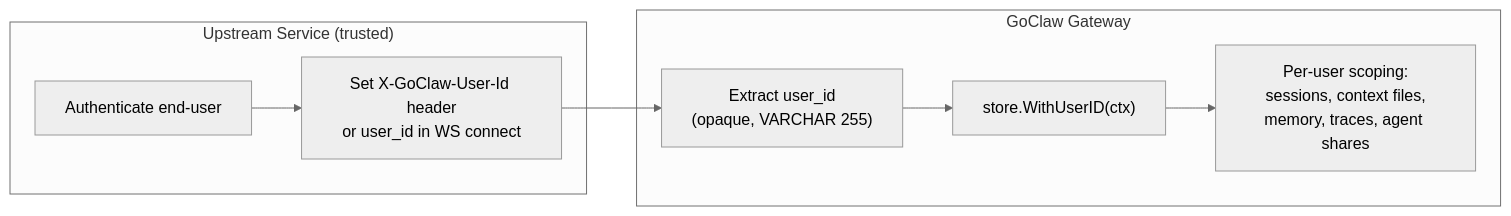
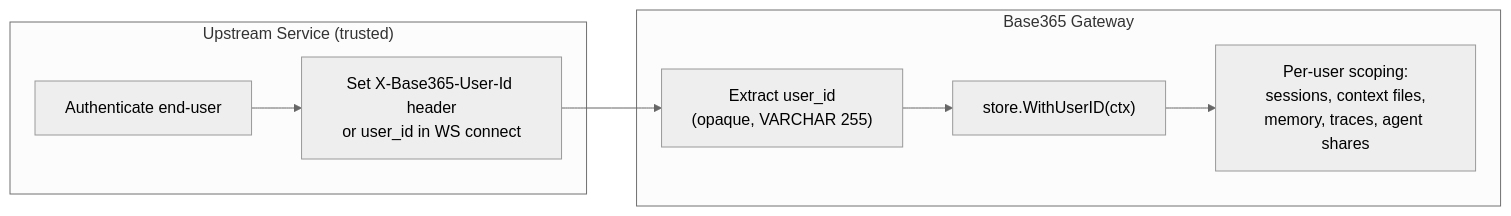
One commit to edyoCampos/base365 changed the second of 6 diagrams in docs/00-architecture-overview.md. Above: the diagram before and after it, drawn with Mermaid (neutral theme). The commit also changed other lines of this file and 2108 other files, not shown here.

Commit message:
refactor: rebrand GoClaw -> Base365 (conteudo e caminhos)

````diff
--- a/docs/00-architecture-overview.md
+++ b/docs/00-architecture-overview.md
@@ -215,18 +215,18 @@
 ```mermaid
 flowchart LR
     subgraph "Upstream Service (trusted)"
         AUTH["Authenticate end-user"]
-        HDR["Set X-GoClaw-User-Id header<br/>or user_id in WS connect"]
+        HDR["Set X-Base365-User-Id header<br/>or user_id in WS connect"]
     end
 
-    subgraph "GoClaw Gateway"
+    subgraph "Base365 Gateway"
         EXTRACT["Extract user_id<br/>(opaque, VARCHAR 255)"]
         CTX["store.WithUserID(ctx)"]
         SCOPE["Per-user scoping:<br/>sessions, context files,<br/>memory, traces, agent shares"]
     end
 
     AUTH --> HDR
     HDR --> EXTRACT
     EXTRACT --> CTX
     CTX --> SCOPE
 ```
````
